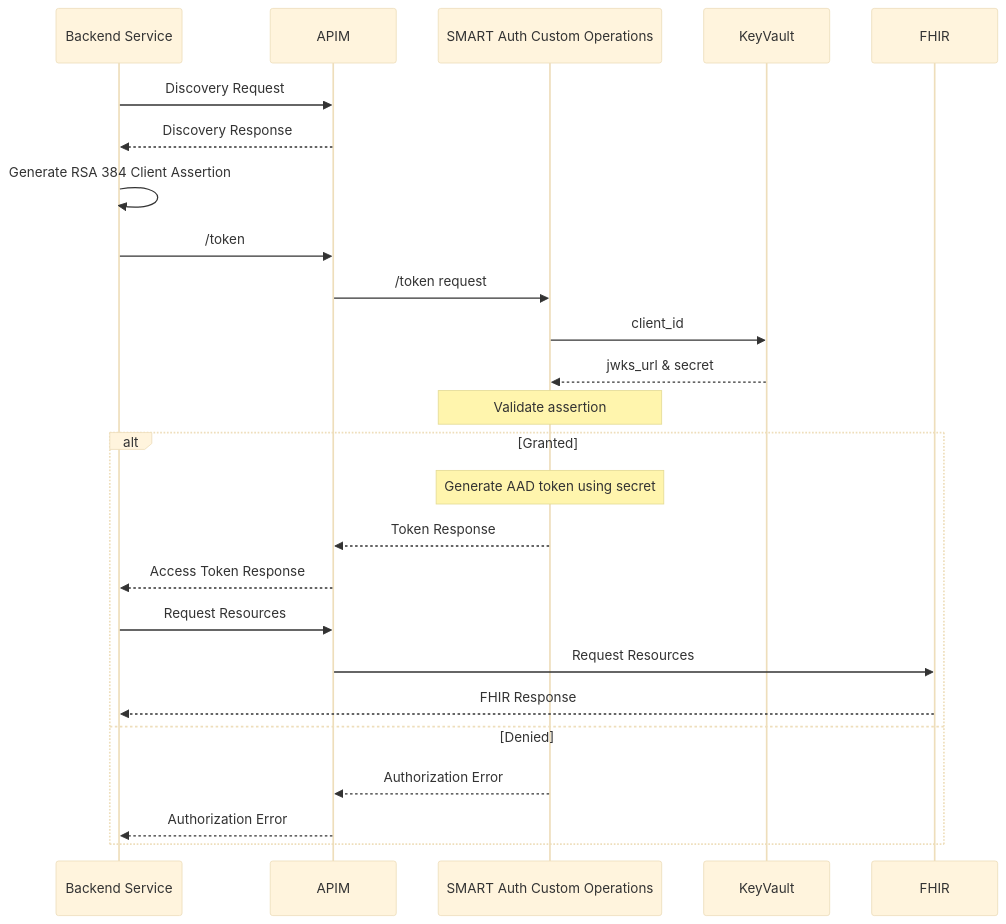
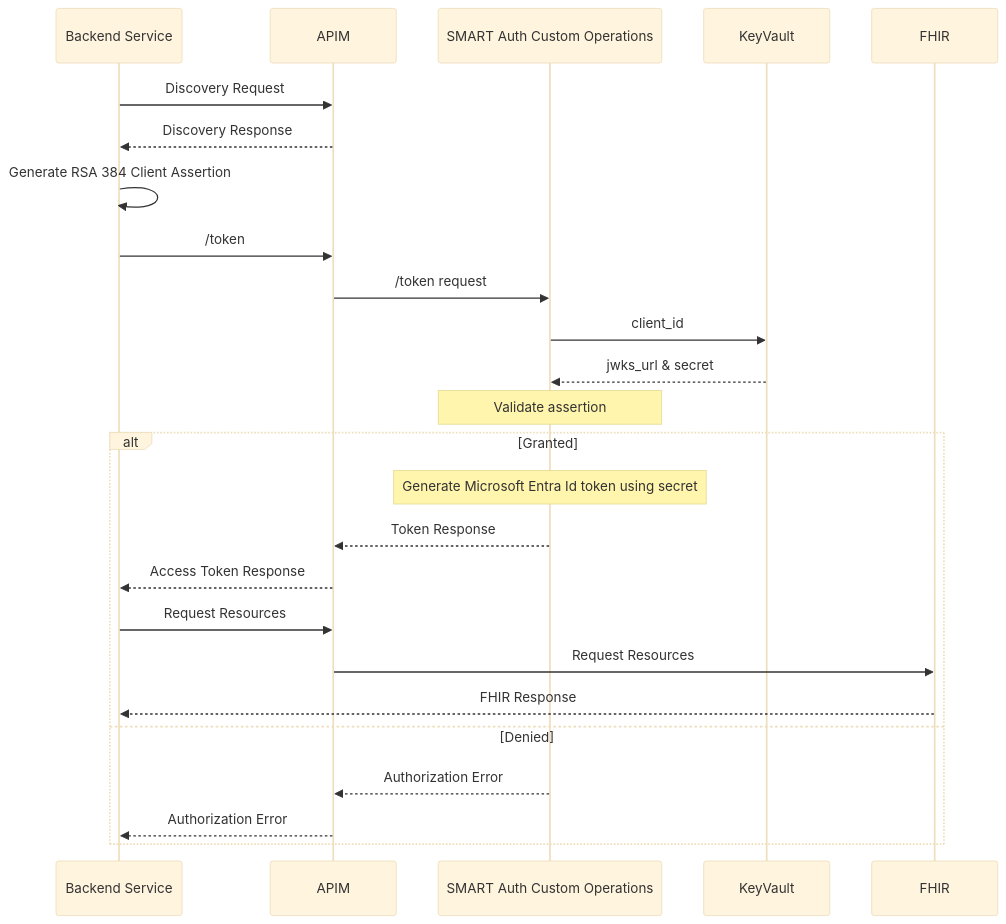
The fourth of 4 diagrams in samples/patientandpopulationservices-smartonfhir-oncg10/docs/technical-guide.md (Azure-Samples/azure-health-data-and-ai-samples), drawn with Mermaid (base theme) before and after one commit. The commit also changed other lines of this file and 19 other files, not shown here.

Commit message:
Updated AAD to Microsoft Entra Id

````diff
--- a/samples/patientandpopulationservices-smartonfhir-oncg10/docs/technical-guide.md
+++ b/samples/patientandpopulationservices-smartonfhir-oncg10/docs/technical-guide.md
@@ -162,29 +162,29 @@
 ```mermaid
   sequenceDiagram
     participant Backend Service
     participant APIM
     participant SMART Auth Custom Operations
     participant KeyVault
     participant FHIR
 
     Backend Service ->> APIM: Discovery Request
     APIM -->> Backend Service: Discovery Response
     Backend Service ->> Backend Service: Generate RSA 384 Client Assertion
     Backend Service ->> APIM: /token
     APIM ->> SMART Auth Custom Operations: /token request
     SMART Auth Custom Operations ->> KeyVault: client_id
     KeyVault -->> SMART Auth Custom Operations: jwks_url & secret
 
     note over SMART Auth Custom Operations: Validate assertion
     alt Granted
-        note over SMART Auth Custom Operations: Generate AAD token using secret
+        note over SMART Auth Custom Operations: Generate Microsoft Entra Id token using secret
         SMART Auth Custom Operations -->> APIM: Token Response
         APIM -->> Backend Service: Access Token Response
         Backend Service ->> APIM: Request Resources
         APIM ->> FHIR: Request Resources
         FHIR -->> Backend Service: FHIR Response
     else Denied
         SMART Auth Custom Operations -->> APIM: Authorization Error
         APIM -->> Backend Service: Authorization Error
     end
 ```
````
